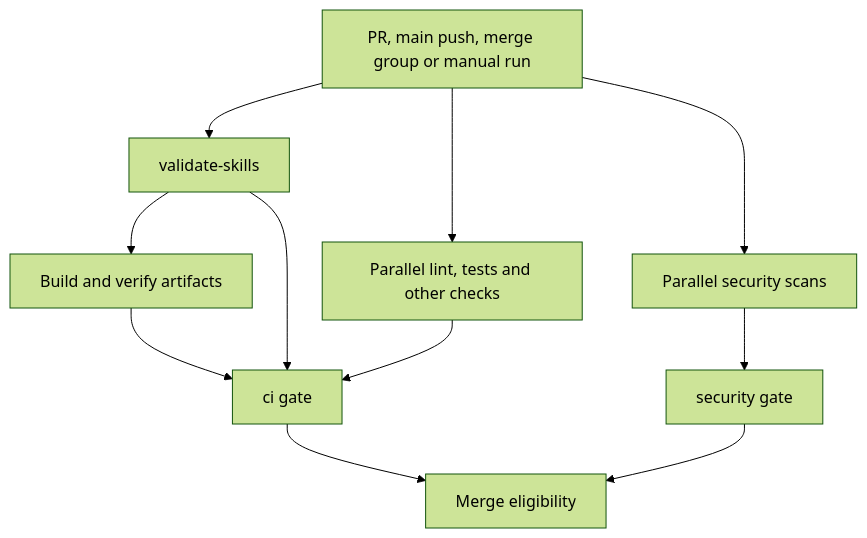
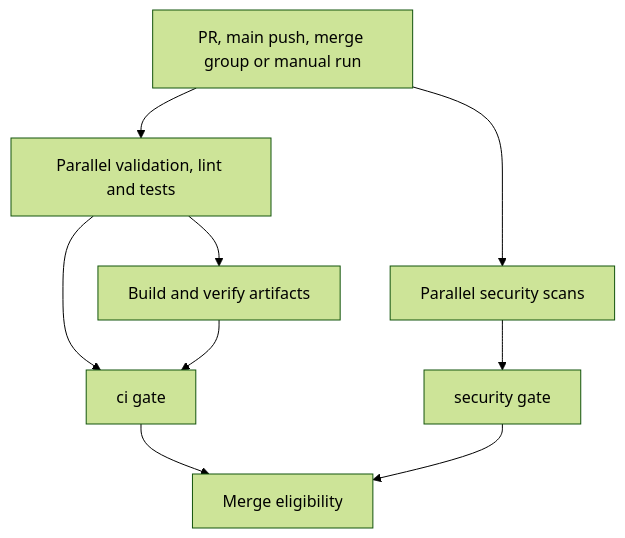
One commit to greenblacked/AI changed the diagram in docs/ci.md. Above: the diagram before and after it, drawn with Mermaid (forest theme). The commit also changed other lines of this file and 3 other files, not shown here.

````diff
--- a/docs/ci.md
+++ b/docs/ci.md
@@ -26,13 +18,11 @@
 ```mermaid
 flowchart TD
-  E["PR, main push, merge group or manual run"] --> V["validate-skills"]
-  E --> C["Parallel lint, tests and other checks"]
+  E["PR, main push, merge group or manual run"] --> C["Parallel validation, lint and tests"]
   E --> S["Parallel security scans"]
-  V --> P["Build and verify artifacts"]
-  V --> G["ci gate"]
-  C --> G
+  C --> P["Build and verify artifacts"]
+  C --> G["ci gate"]
   P --> G
   S --> H["security gate"]
   G --> M["Merge eligibility"]
   H --> M
 ```
````
